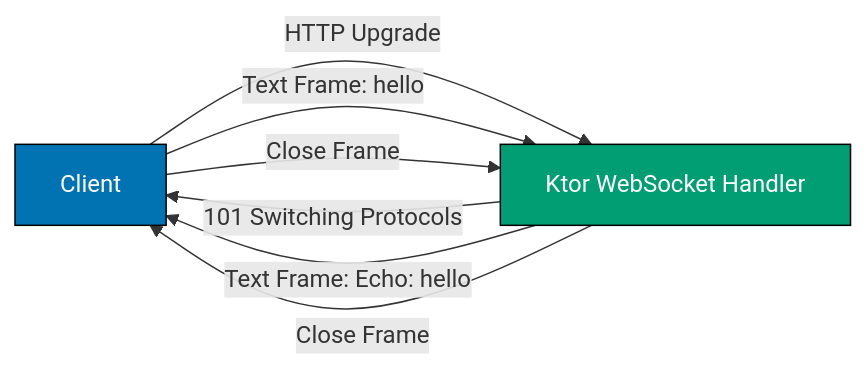
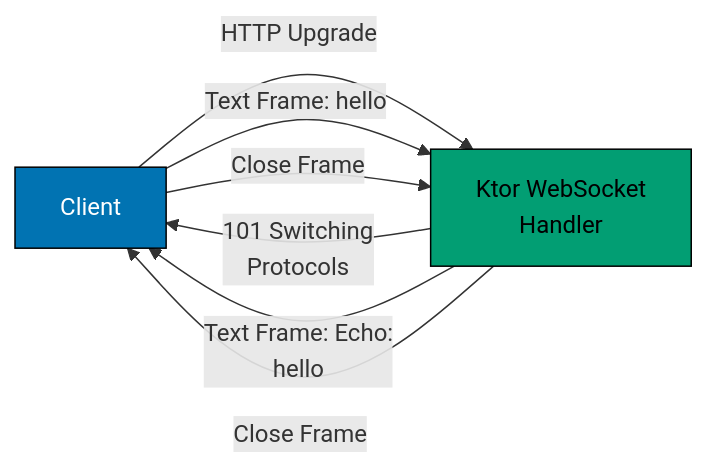
One commit to wahidyankf/ose-public changed the second of 2 diagrams in apps/ayokoding-www/content/en/learn/legacy/software-engineering/platforms/web/tools/kotlin-ktor/by-example/intermediate.md. Above: the diagram before and after it, drawn with Mermaid. The commit also changed other lines of this file and 130 other files, not shown here.

First line of the commit message:
fix(mermaid): bring the legacy platforms diagrams onto the accessible palette

````diff
--- a/apps/ayokoding-www/content/en/learn/legacy/software-engineering/platforms/web/tools/kotlin-ktor/by-example/intermediate.md
+++ b/apps/ayokoding-www/content/en/learn/legacy/software-engineering/platforms/web/tools/kotlin-ktor/by-example/intermediate.md
@@ -592,12 +599,17 @@
 ```mermaid
 graph LR
-  A["Client"] -->|"HTTP Upgrade"| B["Ktor WebSocket Handler"]
-  B -->|"101 Switching Protocols"| A
+  accTitle: Example 34: Basic WebSocket Handler
+  accDescr: Graph with 2 nodes and 6 connections. Nodes: Client, Ktor WebSocket Handler. Connections: Client to Ktor WebSocket Handler (HTTP Upgrade), Ktor WebSocket Handler to Client (101 Switching Protocols), Client to Ktor WebSocket Handler (Text Frame: hello), Ktor WebSocket Handler to Client (Text Frame: Echo: hello), Client to Ktor WebSocket Handler (Close Frame), Ktor WebSocket Handler to Client (Close Frame).
+  A["Client"] -->|"HTTP Upgrade"| B["Ktor WebSocket<br/>Handler"]
+  B -->|"101 Switching<br/>Protocols"| A
   A -->|"Text Frame: hello"| B
-  B -->|"Text Frame: Echo: hello"| A
+  B -->|"Text Frame: Echo:<br/>hello"| A
   A -->|"Close Frame"| B
   B -->|"Close Frame"| A
 
-  style A fill:#0173B2,stroke:#000,color:#fff
-  style B fill:#029E73,stroke:#000,color:#fff
+  classDef pal-0173B2 fill:#0173B2,stroke:#000000,color:#FFFFFF
+  class A pal-0173B2
+  classDef pal-029E73 fill:#029E73,stroke:#000000,color:#000000
+  class B pal-029E73
+  classDef default fill:#FFFFFF,stroke:#000000,color:#000000
 ```
````
